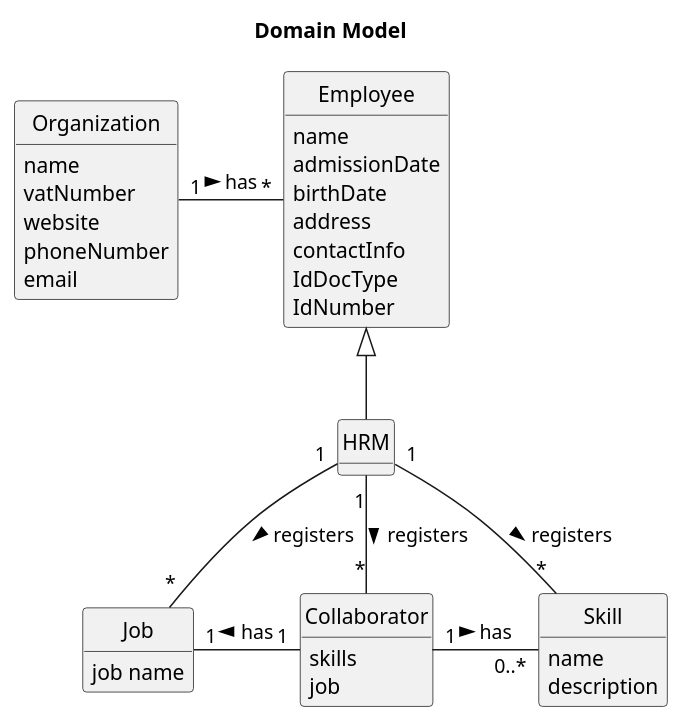
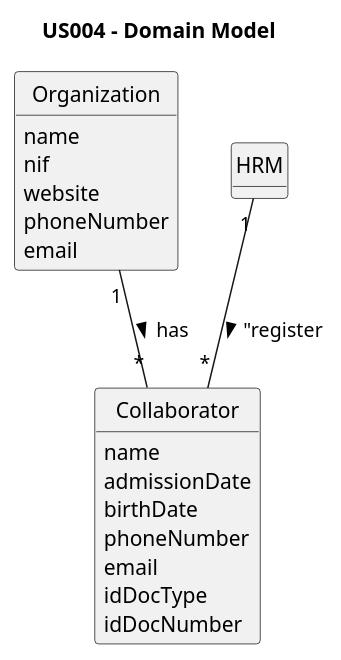
The diagram in docs/sprintA/us003/02.analysis/puml/us003-domain-model.puml (Rui-San/LAPR2_2023_2024), drawn with PlantUML before and after one commit.

Commit message:
US03: Fixed domain model

```diff
--- a/docs/sprintA/us003/02.analysis/puml/us003-domain-model.puml
+++ b/docs/sprintA/us003/02.analysis/puml/us003-domain-model.puml
@@ -1,57 +1,40 @@
 @startuml
 skinparam monochrome true
 skinparam packageStyle rectangle
 skinparam shadowing false
-'skinparam linetype ortho
 'left to right direction
+
 skinparam classAttributeIconSize 0
+
 hide circle
 hide methods
 
-title Domain Model
+title US004 - Domain Model
 
 class Organization {
     name
-    vatNumber
+    nif
     website
     phoneNumber
     email
-}
-
-class Employee {
-    name
-    admissionDate
-    birthDate
-    address
-    contactInfo
-    IdDocType
-    IdNumber
 }
 
 class HRM{
 
 }
 
 class Collaborator{
-    skills
-    job
+    name
+    admissionDate
+    birthDate
+    phoneNumber
+    email
+    idDocType
+    idDocNumber
 }
 
-class Skill{
-    name
-    description
-}
+HRM "1" -- "*" Collaborator : "register >
+Organization "1" -- "*" Collaborator : "has >"
 
-class Job{
-    job name
-}
-
-Organization "1" --right "*" Employee : "has >"
-HRM --up|> Employee
-HRM "1" -- "*" Job : "registers >"
-HRM "1" -- "*" Collaborator : "registers >"
-HRM "1" -- "*" Skill : "registers >"
-Collaborator "1" --right "0..*" Skill : "has >"
-Collaborator "1" --left "1" Job : "has >"
 
 @enduml
```
